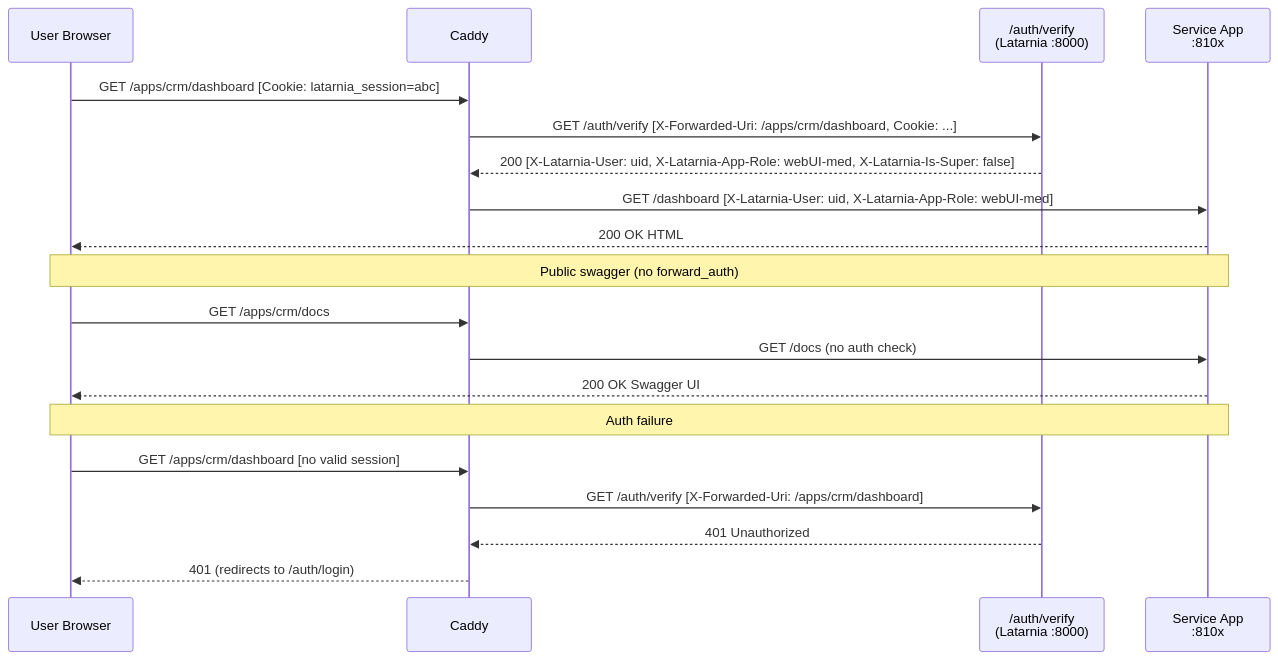
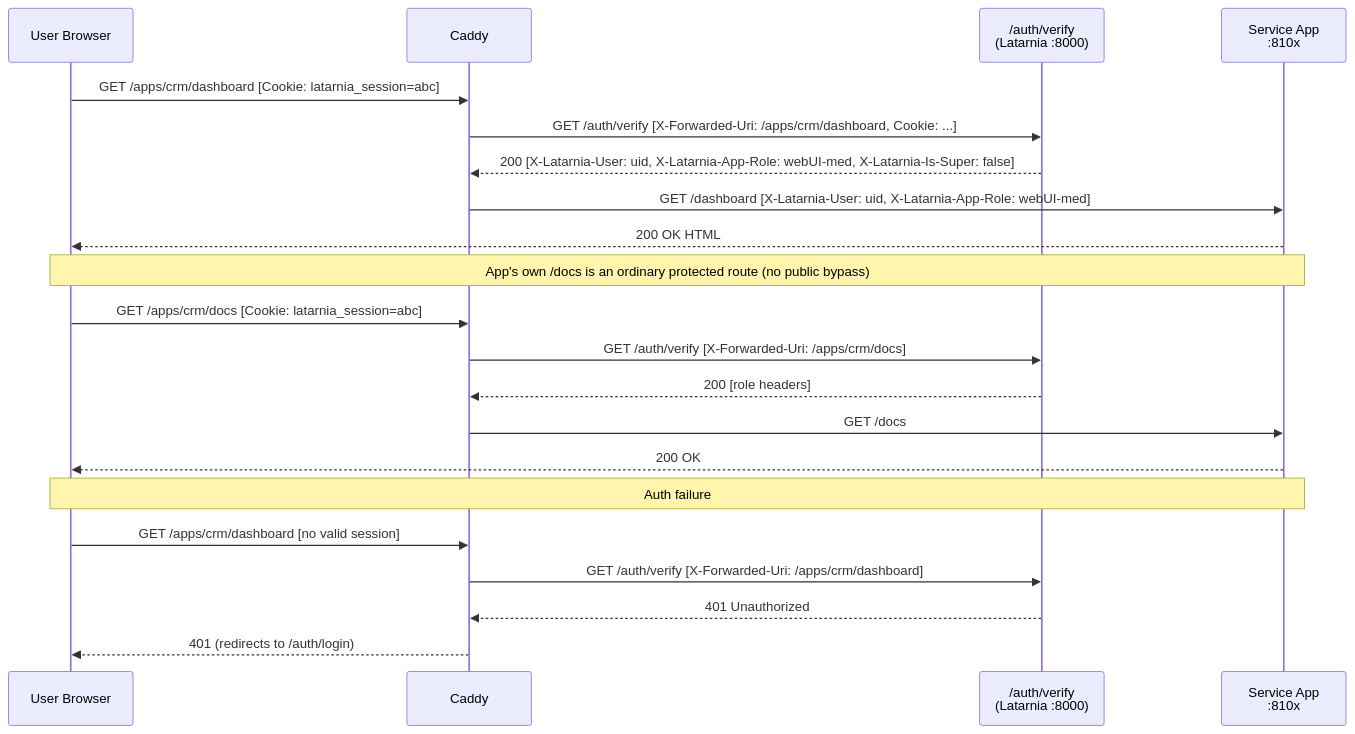
The seventh of 7 diagrams in docs/System/architecture.md (felipe-stanham/Latarnia), drawn with Mermaid before and after one commit. The commit also changed other lines of this file and 43 other files, not shown here.

````diff
--- a/docs/System/architecture.md
+++ b/docs/System/architecture.md
@@ -464,26 +484,28 @@
 ```mermaid
 sequenceDiagram
     participant Browser as User Browser
     participant C as Caddy
     participant AV as /auth/verify<br/>(Latarnia :8000)
     participant App as Service App<br/>:810x
 
     Browser->>C: GET /apps/crm/dashboard [Cookie: latarnia_session=abc]
     C->>AV: GET /auth/verify [X-Forwarded-Uri: /apps/crm/dashboard, Cookie: ...]
     AV-->>C: 200 [X-Latarnia-User: uid, X-Latarnia-App-Role: webUI-med, X-Latarnia-Is-Super: false]
     C->>App: GET /dashboard [X-Latarnia-User: uid, X-Latarnia-App-Role: webUI-med]
     App-->>Browser: 200 OK HTML
 
-    Note over Browser,App: Public swagger (no forward_auth)
+    Note over Browser,App: App's own /docs is an ordinary protected route (no public bypass)
 
-    Browser->>C: GET /apps/crm/docs
-    C->>App: GET /docs (no auth check)
-    App-->>Browser: 200 OK Swagger UI
+    Browser->>C: GET /apps/crm/docs [Cookie: latarnia_session=abc]
+    C->>AV: GET /auth/verify [X-Forwarded-Uri: /apps/crm/docs]
+    AV-->>C: 200 [role headers]
+    C->>App: GET /docs
+    App-->>Browser: 200 OK
 
     Note over Browser,App: Auth failure
 
     Browser->>C: GET /apps/crm/dashboard [no valid session]
     C->>AV: GET /auth/verify [X-Forwarded-Uri: /apps/crm/dashboard]
     AV-->>C: 401 Unauthorized
     C-->>Browser: 401 (redirects to /auth/login)
 ```
````
